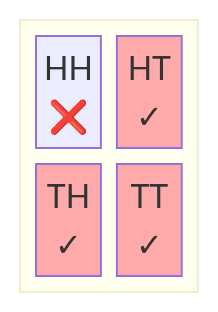
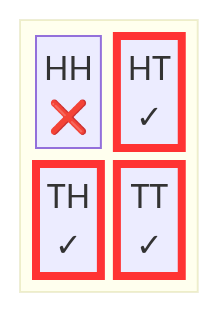
Before and after one commit to josephausterweil/probintro: the second of 4 diagrams in content/intro/03_prob_count.md, drawn with Mermaid. The commit also changed other lines of this file and 13 other files, not shown here.

First line of the commit message:
Improve tutorial content and fix mermaid diagram rendering

````diff
--- a/content/intro/03_prob_count.md
+++ b/content/intro/03_prob_count.md
@@ -59,11 +59,11 @@
 ```mermaid
 block-beta
     block
         columns 2
         a["HH<br/>❌"] b["HT<br/>✓"]
         c["TH<br/>✓"] d["TT<br/>✓"]
     end
-    style b fill:#faa
-    style c fill:#faa
-    style d fill:#faa
+    style b stroke: #f33, stroke-width:4px
+    style c stroke: #f33, stroke-width:4px
+    style d stroke: #f33, stroke-width:4px
 ```
````
